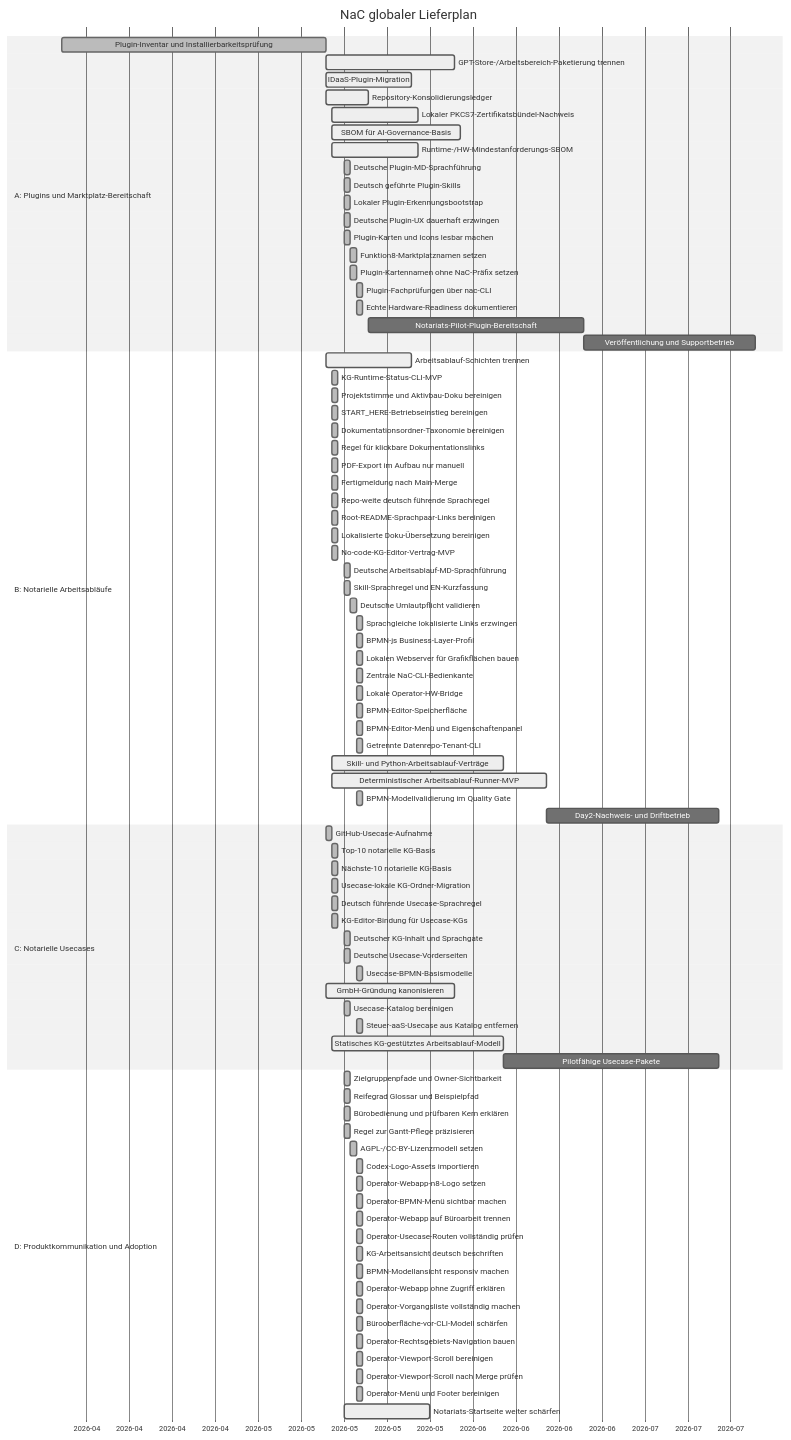
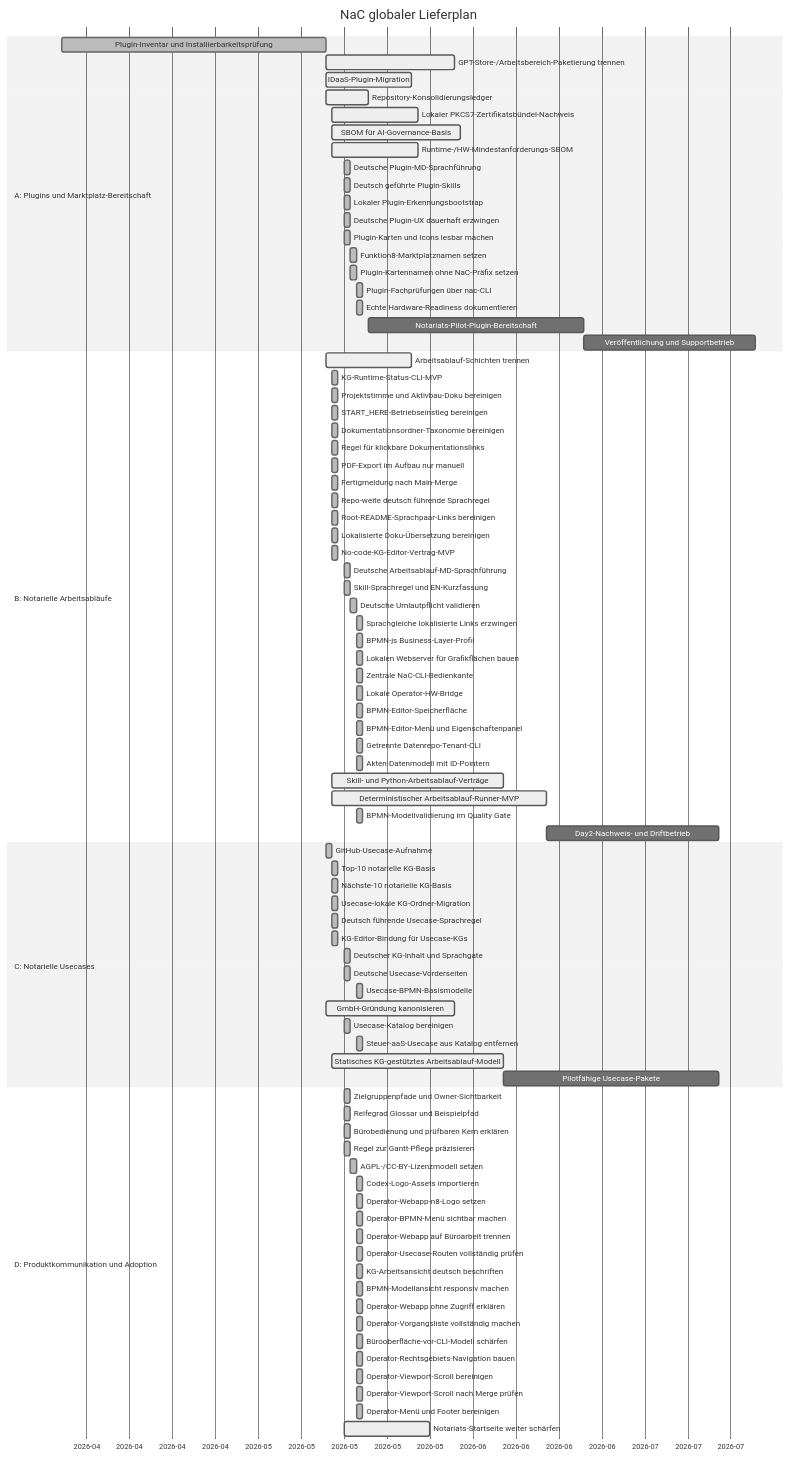
One commit to notariat8/NaC changed the diagram in roadmap/GANTT.md. Above: the diagram before and after it, drawn with Mermaid (neutral theme). The commit also changed other lines of this file and 9 other files, not shown here.

```diff
--- a/roadmap/GANTT.md
+++ b/roadmap/GANTT.md
@@ -61,6 +61,7 @@
     BPMN-Editor-Speicherfläche                   :done,    b1s, 2026-05-19, 1d
     BPMN-Editor-Menü und Eigenschaftenpanel      :done,    b1t, 2026-05-19, 1d
     Getrennte Datenrepo-Tenant-CLI               :done,    b1u, 2026-05-19, 1d
+    Akten-Datenmodell mit ID-Pointern            :done,    b1v, 2026-05-19, 1d
     Skill- und Python-Arbeitsablauf-Verträge    :active,  b2, 2026-05-15, 28d
     Deterministischer Arbeitsablauf-Runner-MVP   :active,  b3, 2026-05-15, 35d
     BPMN-Modellvalidierung im Quality Gate       :done,    b3a, 2026-05-19, 1d
```
